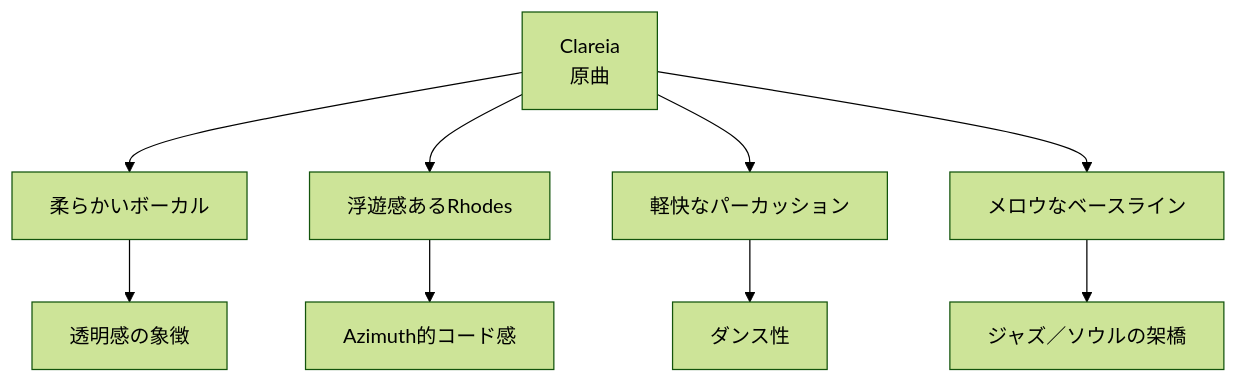
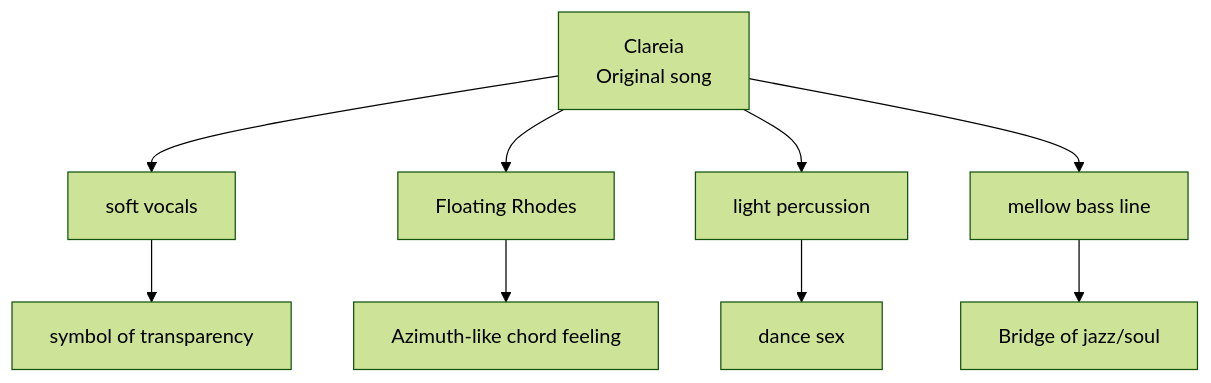
The second of 2 diagrams in en/_posts/2025-11-27-column-sabrina-malheiros.md (monumental-movement/monumental-movement.github.io), drawn with Mermaid (forest theme) before and after one commit. The commit also changed other lines of this file and 801 other files, not shown here.

```diff
--- a/en/_posts/2025-11-27-column-sabrina-malheiros.md
+++ b/en/_posts/2025-11-27-column-sabrina-malheiros.md
@@ -195,13 +195,13 @@
 <div class="mermaid">
 flowchart TD
-    A[Clareia<br>原曲] --> B[柔らかいボーカル]
-    A --> C[浮遊感あるRhodes]
-    A --> D[軽快なパーカッション]
-    A --> E[メロウなベースライン]
+    A[Clareia<br>Original song] --> B[soft vocals]
+    A --> C[Floating Rhodes]
+    A --> D[light percussion]
+    A --> E[mellow bass line]
 
-    B --> F[透明感の象徴]
-    C --> G[Azimuth的コード感]
-    D --> H[ダンス性]
-    E --> I[ジャズ／ソウルの架橋]
+    B --> F[symbol of transparency]
+    C --> G[Azimuth-like chord feeling]
+    D --> H[dance sex]
+    E --> I[Bridge of jazz/soul]
 
 </div>
```
